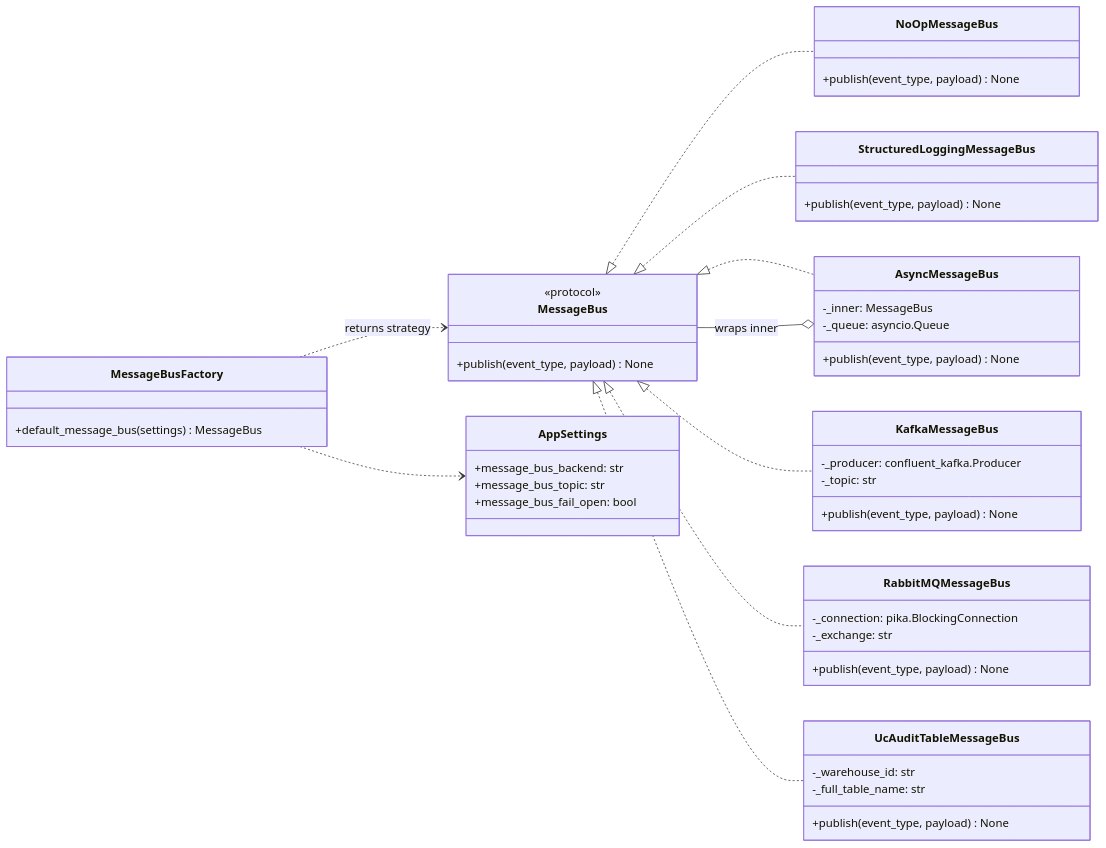
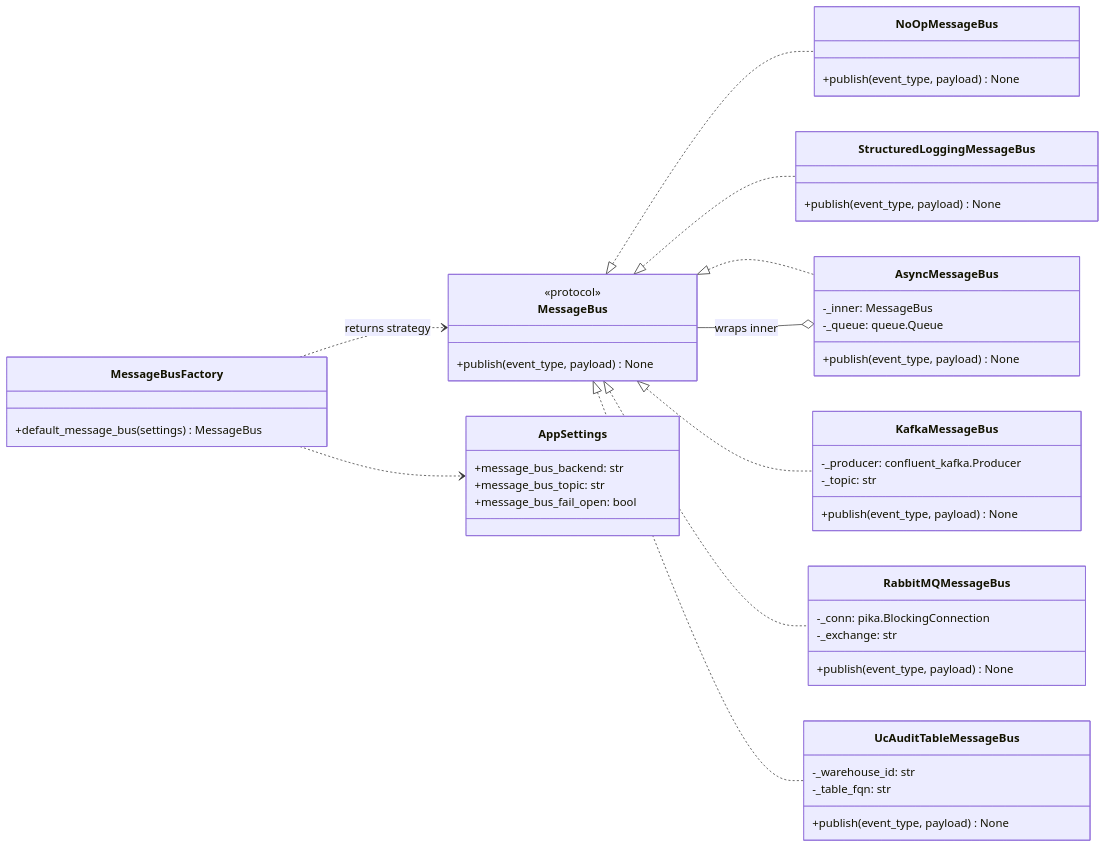
Before and after one commit to wchen-dea/Governed-Multi-Agent-Intelligence-on-Databricks: the fourth of 6 diagrams in docs/architecture/design-artifacts/08-backend-class-diagram-as-is.md, drawn with Mermaid. The commit also changed other lines of this file and 114 other files, not shown here.

````diff
--- a/docs/architecture/design-artifacts/08-backend-class-diagram-as-is.md
+++ b/docs/architecture/design-artifacts/08-backend-class-diagram-as-is.md
@@ -271,58 +273,58 @@
 ```mermaid
 classDiagram
 direction LR
 
 class MessageBus {
     <<protocol>>
     +publish(event_type, payload) None
 }
 
 class NoOpMessageBus {
     +publish(event_type, payload) None
 }
 class StructuredLoggingMessageBus {
     +publish(event_type, payload) None
 }
 class AsyncMessageBus {
     -_inner: MessageBus
-    -_queue: asyncio.Queue
+    -_queue: queue.Queue
     +publish(event_type, payload) None
 }
 class KafkaMessageBus {
     -_producer: confluent_kafka.Producer
     -_topic: str
     +publish(event_type, payload) None
 }
 class RabbitMQMessageBus {
-    -_connection: pika.BlockingConnection
+    -_conn: pika.BlockingConnection
     -_exchange: str
     +publish(event_type, payload) None
 }
 class UcAuditTableMessageBus {
     -_warehouse_id: str
-    -_full_table_name: str
+    -_table_fqn: str
     +publish(event_type, payload) None
 }
 
 class MessageBusFactory {
     +default_message_bus(settings) MessageBus
 }
 
 class AppSettings {
     +message_bus_backend: str
     +message_bus_topic: str
     +message_bus_fail_open: bool
 }
 
 MessageBus <|.. NoOpMessageBus
 MessageBus <|.. StructuredLoggingMessageBus
 MessageBus <|.. AsyncMessageBus
 MessageBus <|.. KafkaMessageBus
 MessageBus <|.. RabbitMQMessageBus
 MessageBus <|.. UcAuditTableMessageBus
 
 AsyncMessageBus o-- MessageBus : wraps inner
 
 MessageBusFactory ..> AppSettings
 MessageBusFactory ..> MessageBus : returns strategy
 ```
````
